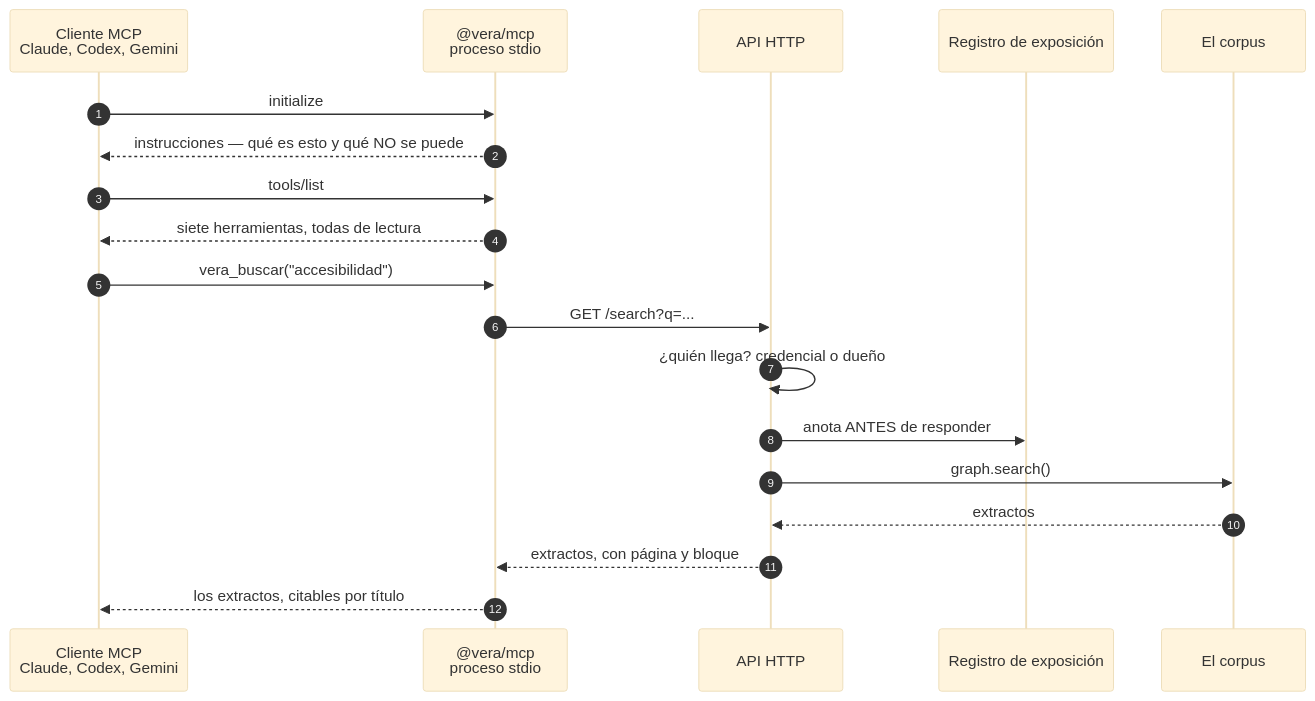
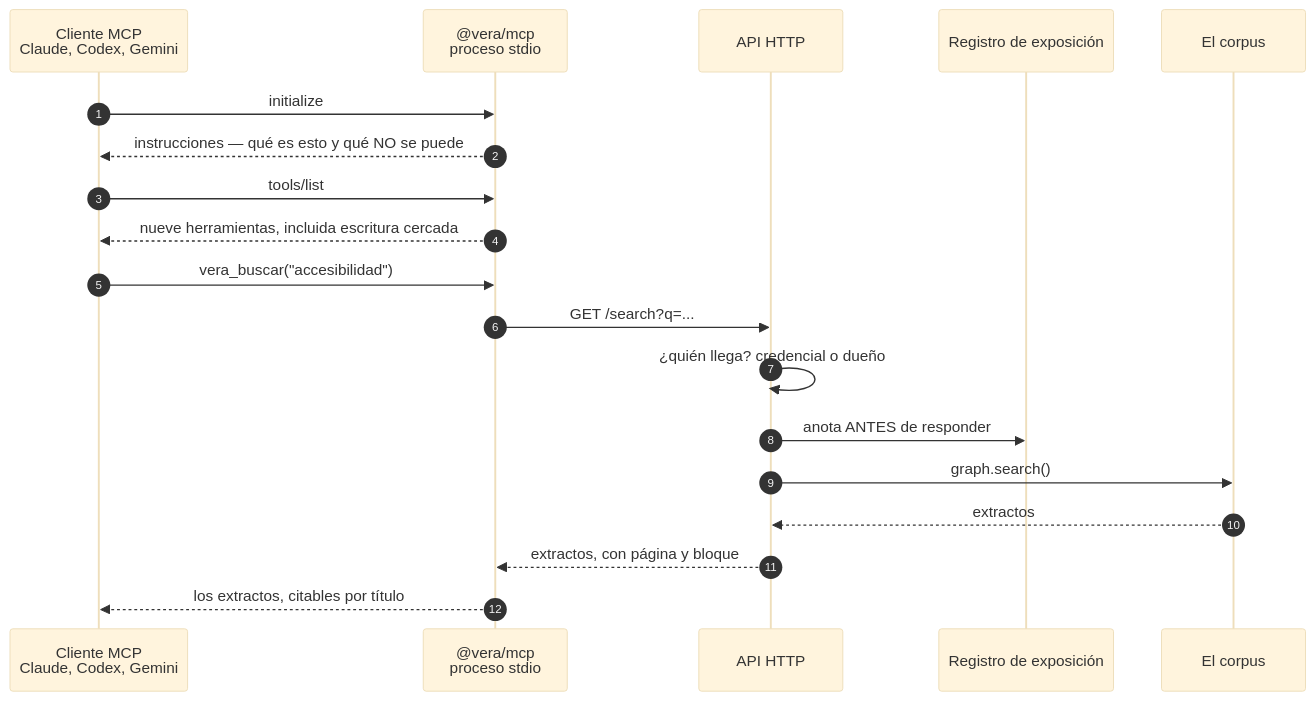
Before and after one commit to hspencer/vera: diagram 29 of 40 in docs/diagramas.md, drawn with Mermaid (base theme). The commit also changed other lines of this file and 12 other files, not shown here.

````diff
--- a/docs/diagramas.md
+++ b/docs/diagramas.md
@@ -1379,22 +1384,22 @@
 ```mermaid
 sequenceDiagram
     autonumber
     participant cli as Cliente MCP<br/>Claude, Codex, Gemini
     participant proc as @vera/mcp<br/>proceso stdio
     participant api as API HTTP
     participant reg as Registro de exposición
     participant dom as El corpus
 
     cli->>proc: initialize
     proc-->>cli: instrucciones — qué es esto y qué NO se puede
     cli->>proc: tools/list
-    proc-->>cli: siete herramientas, todas de lectura
+    proc-->>cli: nueve herramientas, incluida escritura cercada
     cli->>proc: vera_buscar("accesibilidad")
     proc->>api: GET /search?q=...
     api->>api: ¿quién llega? credencial o dueño
     api->>reg: anota ANTES de responder
     api->>dom: graph.search()
     dom-->>api: extractos
     api-->>proc: extractos, con página y bloque
     proc-->>cli: los extractos, citables por título
 ```
````
